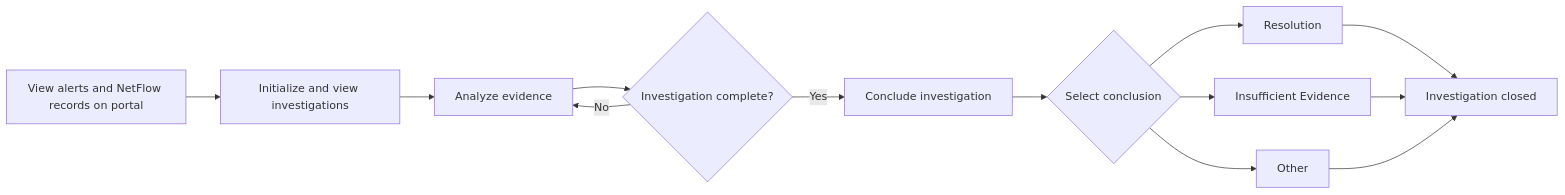
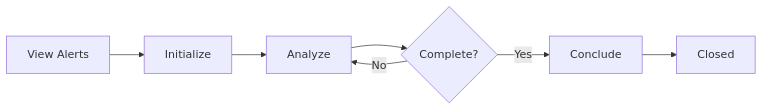
One commit to guyslab/cyberfort-nexux changed the second of 2 diagrams in HLD.md. Above: the diagram before and after it, drawn with Mermaid. The commit also changed other lines of this file, not shown here.

````diff
--- a/HLD.md
+++ b/HLD.md
@@ -110,15 +107,9 @@
 ```mermaid
 flowchart LR
-    A[View alerts and NetFlow records on portal] --> C[Initialize and view investigations]
-    C --> E[Analyze evidence]
-    E --> F{Investigation complete?}
-    F -->|No| E
-    F -->|Yes| G[Conclude investigation]
-    G --> H{Select conclusion}
-    H --> I[Resolution]
-    H --> J[Insufficient Evidence]
-    H --> K[Other]
-    I --> L[Investigation closed]
-    J --> L
-    K --> L
+    A[View Alerts] --> B[Initialize]
+    B --> C[Analyze]
+    C --> D{Complete?}
+    D -->|No| C
+    D -->|Yes| E[Conclude]
+    E --> F[Closed]
 ```
````
